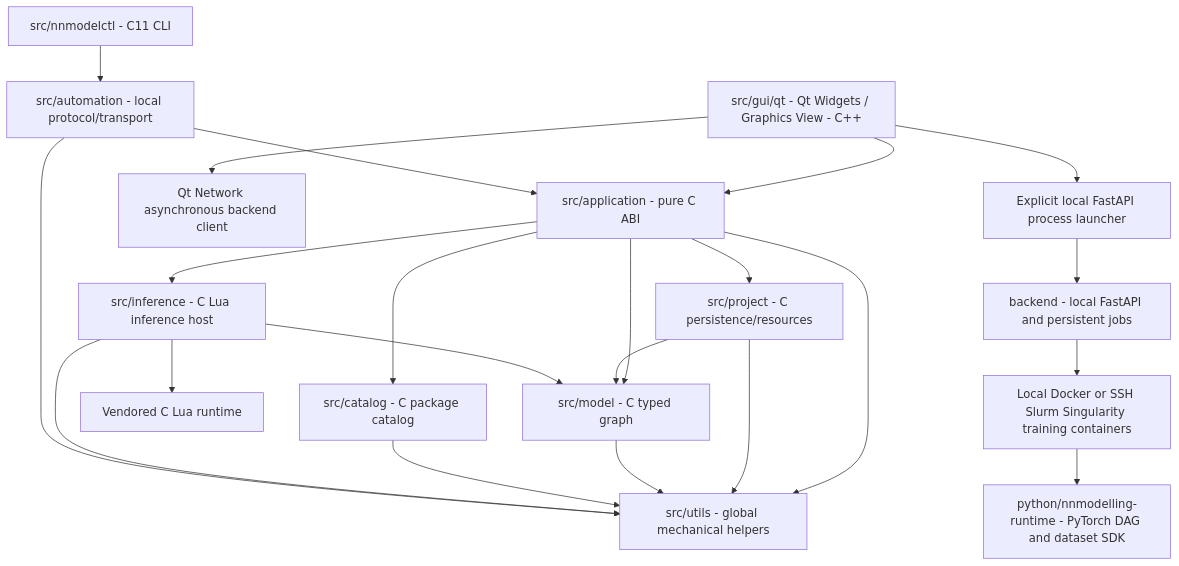
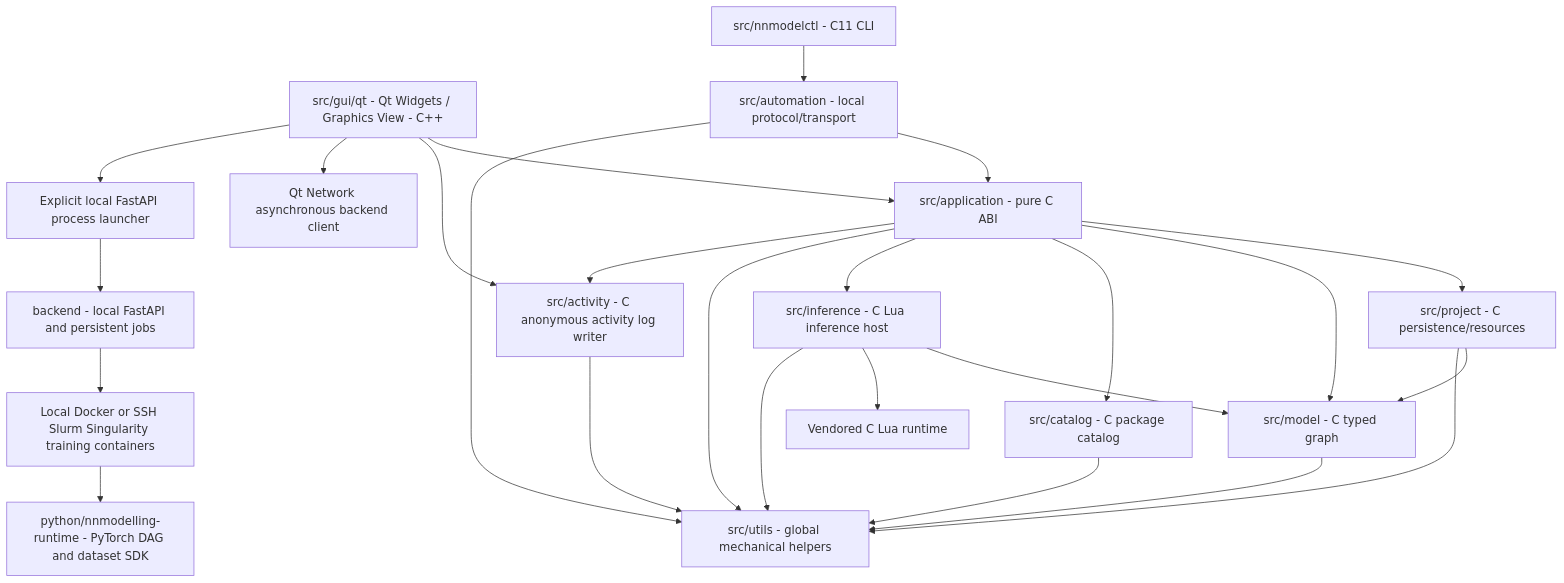
One commit to LucaSforza/nnmodelling-ui changed the diagram in docs/knowledge/architecture/overview.md. Above: the diagram before and after it, drawn with Mermaid. The commit also changed other lines of this file and 6 other files, not shown here.

Commit message:
Specify anonymous activity log for usability study

````diff
--- a/docs/knowledge/architecture/overview.md
+++ b/docs/knowledge/architecture/overview.md
@@ -5,24 +5,27 @@
 ```mermaid
   flowchart TD
       GUI[src/gui/qt - Qt Widgets / Graphics View - C++] --> API[src/application - pure C ABI]
       CLI[src/nnmodelctl - C11 CLI] --> IPC[src/automation - local protocol/transport]
       IPC --> API
       API --> Project[src/project - C persistence/resources]
       API --> Model[src/model - C typed graph]
       API --> Catalog[src/catalog - C package catalog]
       API --> Inference[src/inference - C Lua inference host]
       Project --> Model
       Inference --> Model
       Inference --> Lua[Vendored C Lua runtime]
       API --> Utils[src/utils - global mechanical helpers]
+      API --> Activity[src/activity - C anonymous activity log writer]
+      GUI --> Activity
+      Activity --> Utils
       Project --> Utils
       Model --> Utils
       Catalog --> Utils
       Inference --> Utils
       IPC --> Utils
       GUI --> HTTP[Qt Network asynchronous backend client]
       GUI --> Launch[Explicit local FastAPI process launcher]
       Launch --> Backend[backend - local FastAPI and persistent jobs]
       Backend --> Container[Local Docker or SSH Slurm Singularity training containers]
       Container --> Python[python/nnmodelling-runtime - PyTorch DAG and dataset SDK]
 ```
````
